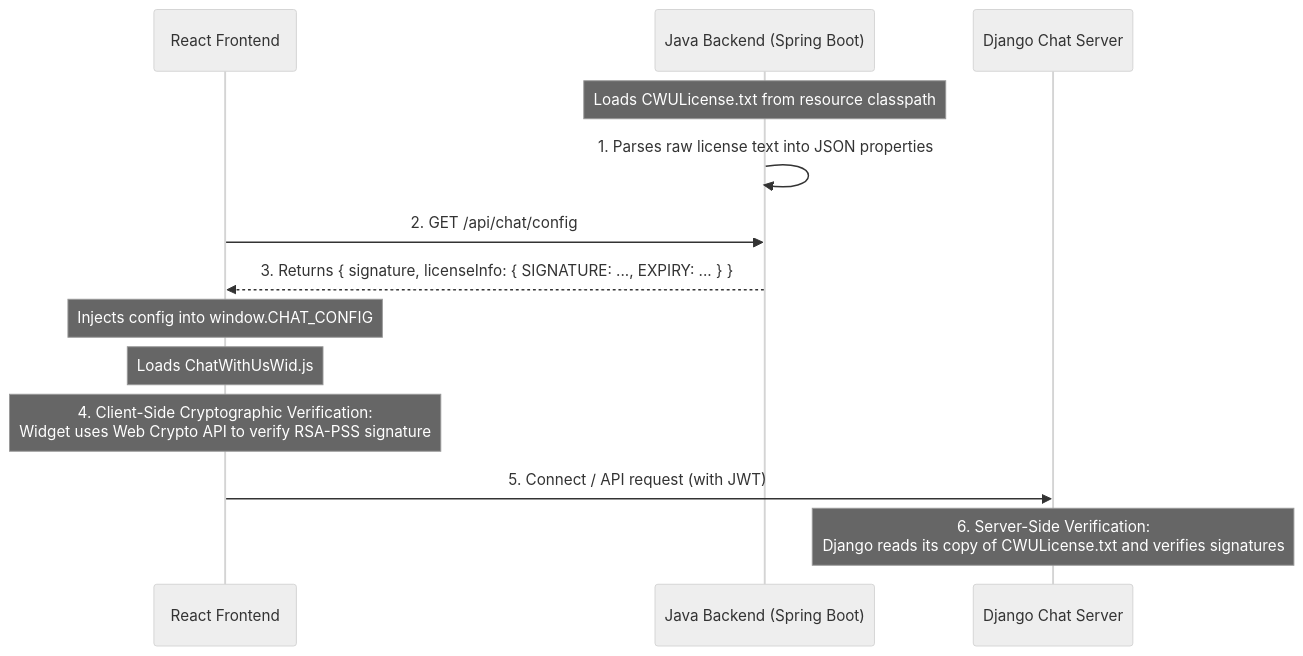
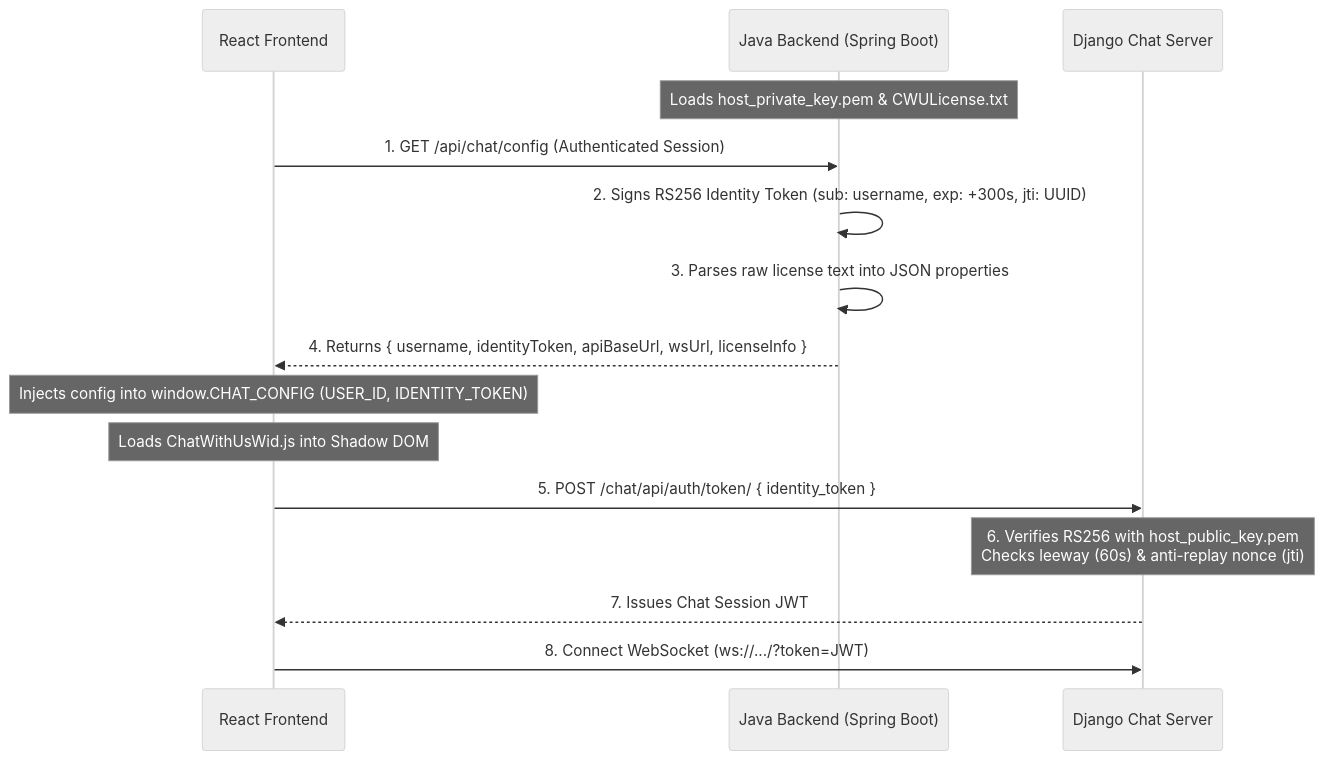
The diagram in SWDOCS/React_Java_Integration_Guide.md (aman2000jaiswal14/CHATWITHUS), drawn with Mermaid (neutral theme) before and after one commit. The commit also changed other lines of this file and 19 other files, not shown here.

````diff
--- a/SWDOCS/React_Java_Integration_Guide.md
+++ b/SWDOCS/React_Java_Integration_Guide.md
@@ -23,20 +24,22 @@
 ```mermaid
 sequenceDiagram
     participant React as React Frontend
     participant Java as Java Backend (Spring Boot)
     participant Django as Django Chat Server
 
-    Note over Java: Loads CWULicense.txt from resource classpath
-    Java->>Java: 1. Parses raw license text into JSON properties
+    Note over Java: Loads host_private_key.pem & CWULicense.txt
     
-    React->>Java: 2. GET /api/chat/config
-    Java-->>React: 3. Returns { signature, licenseInfo: { SIGNATURE: ..., EXPIRY: ... } }
+    React->>Java: 1. GET /api/chat/config (Authenticated Session)
+    Java->>Java: 2. Signs RS256 Identity Token (sub: username, exp: +300s, jti: UUID)
+    Java->>Java: 3. Parses raw license text into JSON properties
+    Java-->>React: 4. Returns { username, identityToken, apiBaseUrl, wsUrl, licenseInfo }
     
-    Note over React: Injects config into window.CHAT_CONFIG
-    Note over React: Loads ChatWithUsWid.js
+    Note over React: Injects config into window.CHAT_CONFIG (USER_ID, IDENTITY_TOKEN)
+    Note over React: Loads ChatWithUsWid.js into Shadow DOM
     
-    Note over React: 4. Client-Side Cryptographic Verification:<br/>Widget uses Web Crypto API to verify RSA-PSS signature
+    React->>Django: 5. POST /chat/api/auth/token/ { identity_token }
+    Note over Django: 6. Verifies RS256 with host_public_key.pem<br/>Checks leeway (60s) & anti-replay nonce (jti)
+    Django-->>React: 7. Issues Chat Session JWT
     
-    React->>Django: 5. Connect / API request (with JWT)
-    Note over Django: 6. Server-Side Verification:<br/>Django reads its copy of CWULicense.txt and verifies signatures
+    React->>Django: 8. Connect WebSocket (ws://.../?token=JWT)
 ```
````
